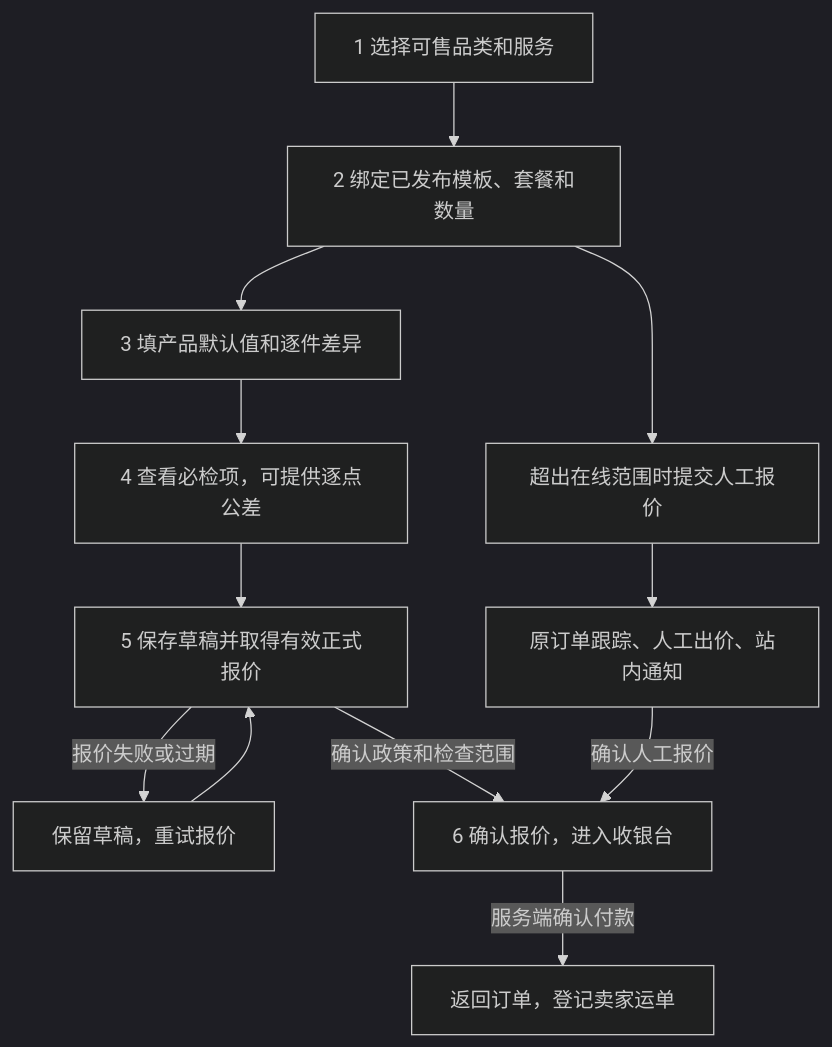
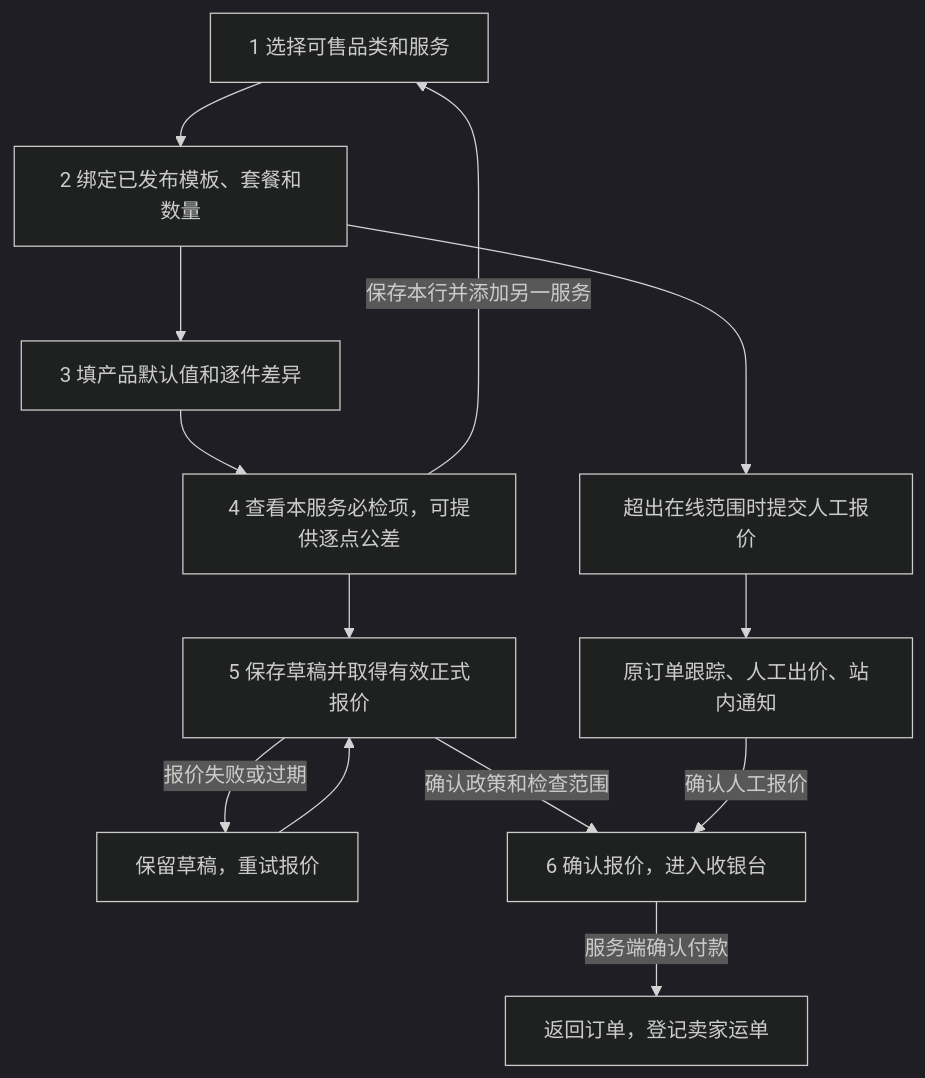
Before and after one commit to jackyang1989/QCWarehouse: the diagram in docs/My-Workspace整改报告.md, drawn with Mermaid (dark theme). The commit also changed other lines of this file, not shown here.

````diff
--- a/docs/My-Workspace整改报告.md
+++ b/docs/My-Workspace整改报告.md
@@ -30,14 +30,15 @@
 ```mermaid
 flowchart TD
   A["1 选择可售品类和服务"] --> B["2 绑定已发布模板、套餐和数量"]
   B --> C["3 填产品默认值和逐件差异"]
   B --> M["超出在线范围时提交人工报价"]
   M --> Q["原订单跟踪、人工出价、站内通知"]
-  C --> D["4 查看必检项，可提供逐点公差"]
+  C --> D["4 查看本服务必检项，可提供逐点公差"]
+  D -->|保存本行并添加另一服务| A
   D --> E["5 保存草稿并取得有效正式报价"]
   E -->|报价失败或过期| R["保留草稿，重试报价"]
   R --> E
   E -->|确认政策和检查范围| F["6 确认报价，进入收银台"]
   F -->|服务端确认付款| G["返回订单，登记卖家运单"]
   Q -->|确认人工报价| F
 ```
````
